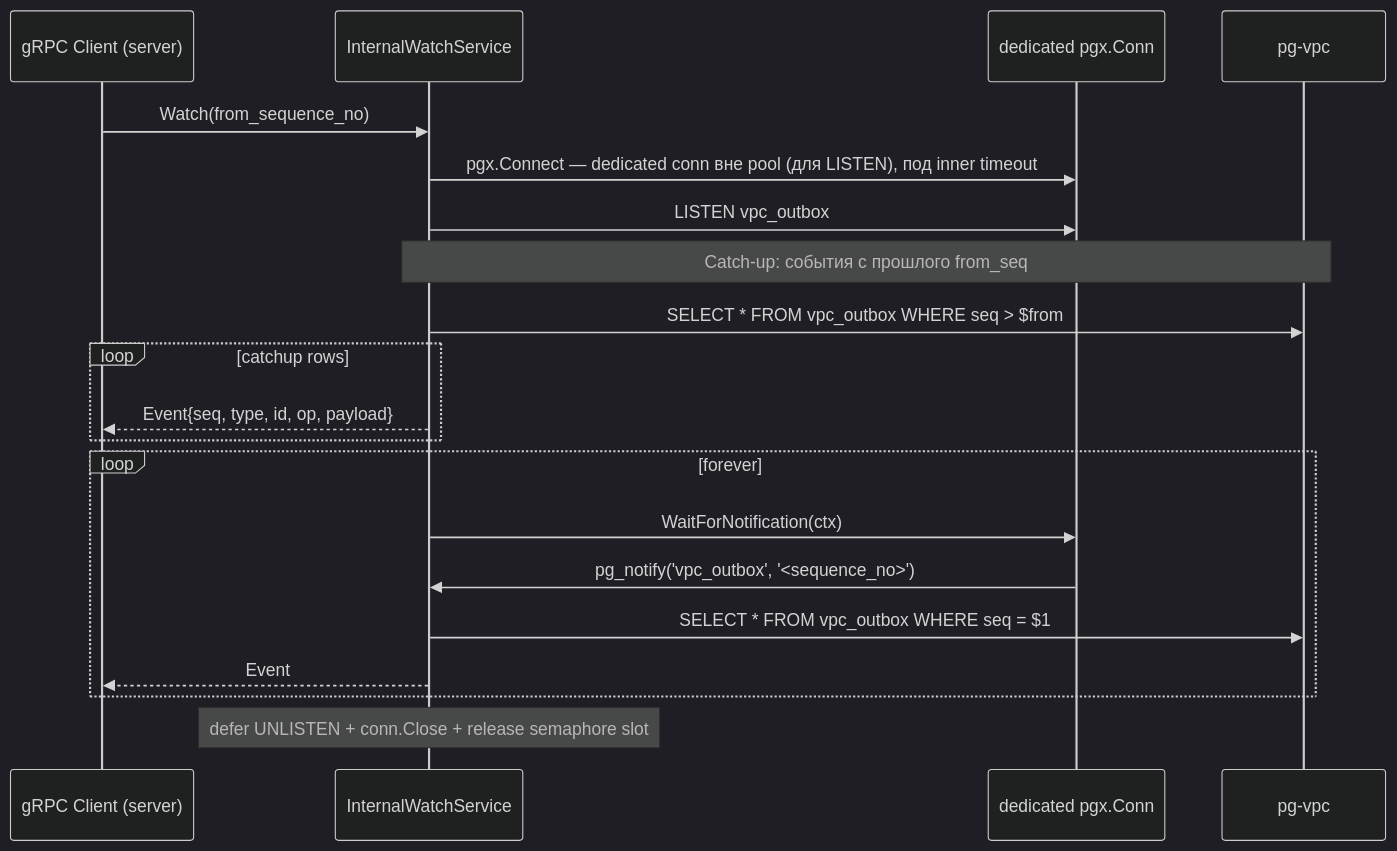
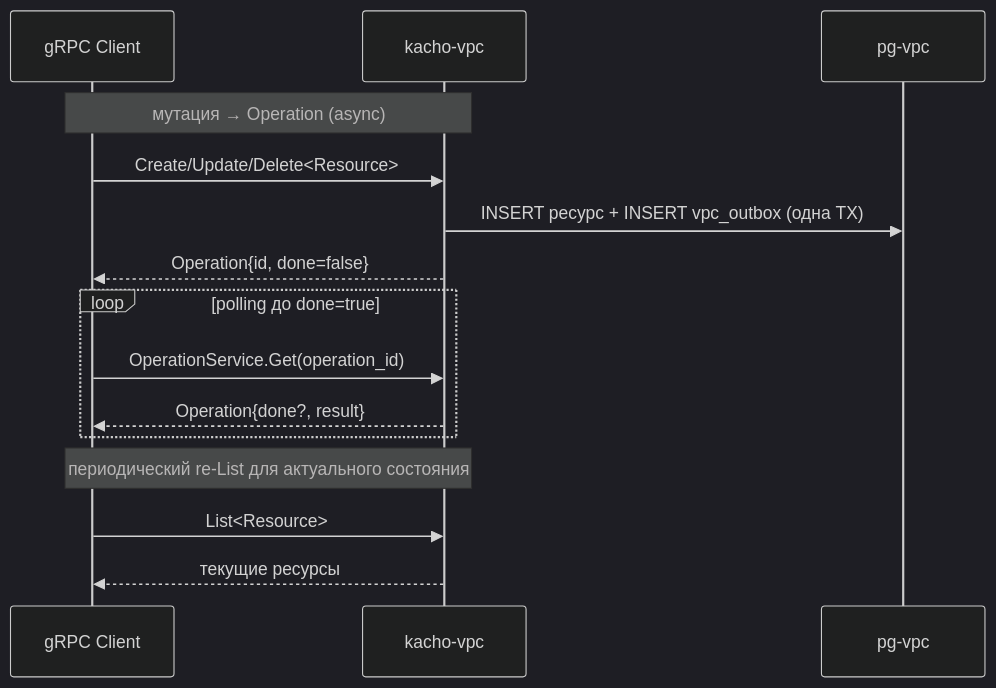
Before and after one commit to PRO-Robotech/kacho-vpc: the eighth of 10 diagrams in docs/architecture/02-data-flows.md, drawn with Mermaid (dark theme). The commit also changed other lines of this file and 83 other files, not shown here.

````diff
--- a/docs/architecture/02-data-flows.md
+++ b/docs/architecture/02-data-flows.md
@@ -287,26 +293,20 @@
 ```mermaid
 sequenceDiagram
-  participant Subscriber as gRPC Client (server)
-  participant W as InternalWatchService
-  participant Conn as dedicated pgx.Conn
+  participant Client as gRPC Client
+  participant VPC as kacho-vpc
   participant DB as pg-vpc
 
-  Subscriber->>W: Watch(from_sequence_no)
-  W->>Conn: pgx.Connect — dedicated conn вне pool (для LISTEN), под inner timeout
-  W->>Conn: LISTEN vpc_outbox
+  Note over Client,VPC: мутация → Operation (async)
+  Client->>VPC: Create/Update/Delete<Resource>
+  VPC->>DB: INSERT ресурс + INSERT vpc_outbox (одна TX)
+  VPC-->>Client: Operation{id, done=false}
 
-  Note over W,DB: Catch-up: события с прошлого from_seq
-  W->>DB: SELECT * FROM vpc_outbox WHERE seq > $from
-  loop catchup rows
-    W-->>Subscriber: Event{seq, type, id, op, payload}
+  loop polling до done=true
+    Client->>VPC: OperationService.Get(operation_id)
+    VPC-->>Client: Operation{done?, result}
   end
 
-  loop forever
-    W->>Conn: WaitForNotification(ctx)
-    Conn->>W: pg_notify('vpc_outbox', '<sequence_no>')
-    W->>DB: SELECT * FROM vpc_outbox WHERE seq = $1
-    W-->>Subscriber: Event
-  end
-
-  Note over W: defer UNLISTEN + conn.Close + release semaphore slot
+  Note over Client,VPC: периодический re-List для актуального состояния
+  Client->>VPC: List<Resource>
+  VPC-->>Client: текущие ресурсы
 ```
````
